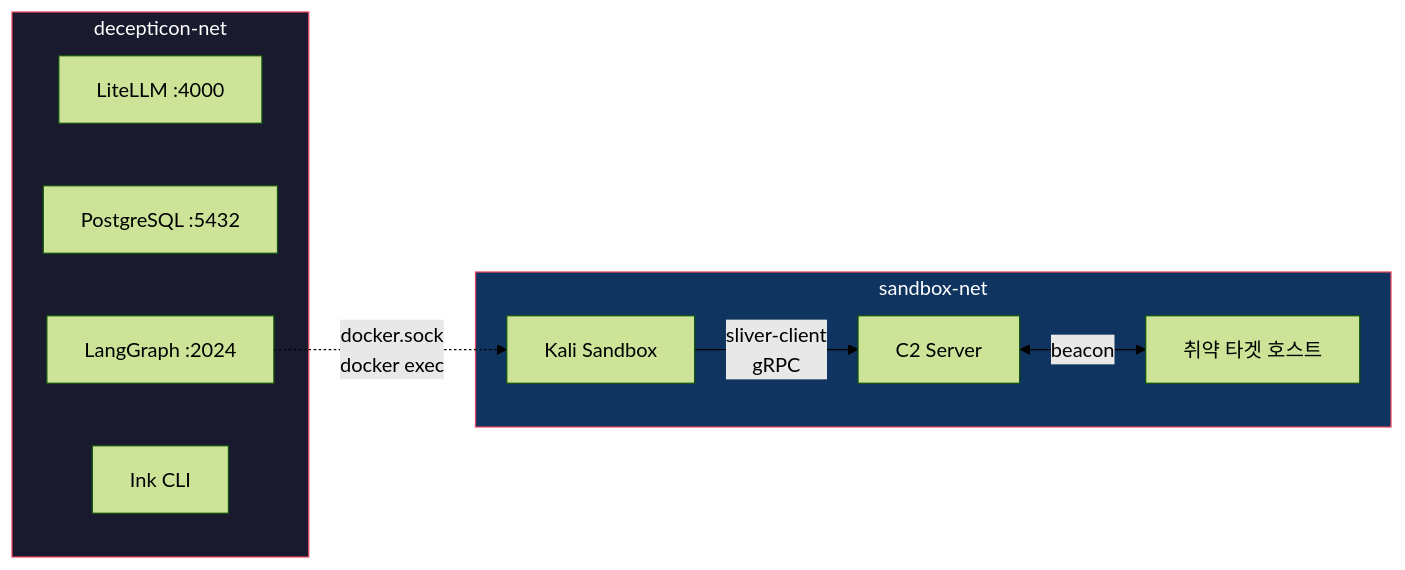
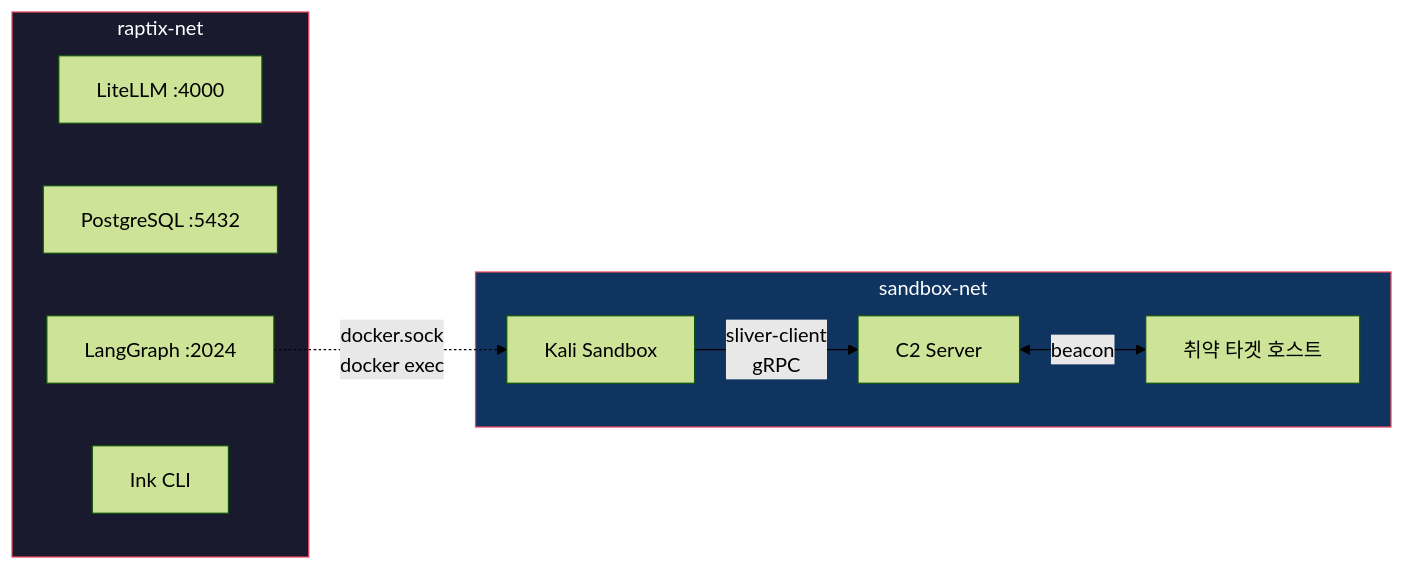
One commit to Akapi895/raptix changed the third of 12 diagrams in docs/architecture/red-team-infrastructure.md. Above: the diagram before and after it, drawn with Mermaid (forest theme). The commit also changed other lines of this file and 211 other files, not shown here.

````diff
--- a/docs/architecture/red-team-infrastructure.md
+++ b/docs/architecture/red-team-infrastructure.md
@@ -147,22 +147,22 @@
 ```mermaid
 graph LR
-    subgraph decepticon-net
+    subgraph raptix-net
         A[LiteLLM :4000]
         B[PostgreSQL :5432]
         C[LangGraph :2024]
         D[Ink CLI]
     end
 
     subgraph sandbox-net
         E[Kali Sandbox]
         F[C2 Server]
         T[취약 타겟 호스트]
     end
 
     C -.->|docker.sock<br/>docker exec| E
     E -->|sliver-client<br/>gRPC| F
     F <-->|beacon| T
 
-    style decepticon-net fill:#1a1a2e,stroke:#e94560,color:#fff
+    style raptix-net fill:#1a1a2e,stroke:#e94560,color:#fff
     style sandbox-net fill:#0f3460,stroke:#e94560,color:#fff
 ```
````
